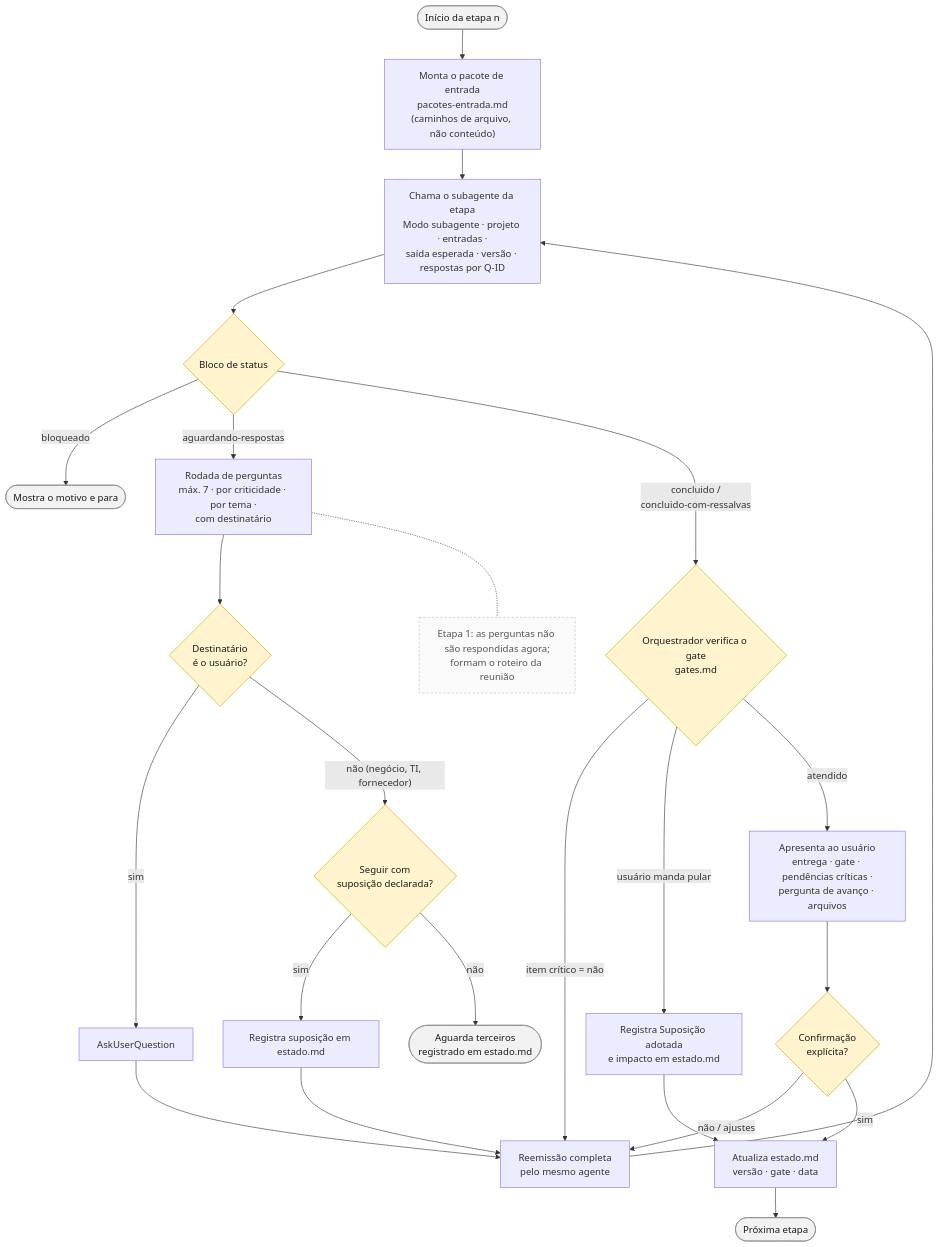
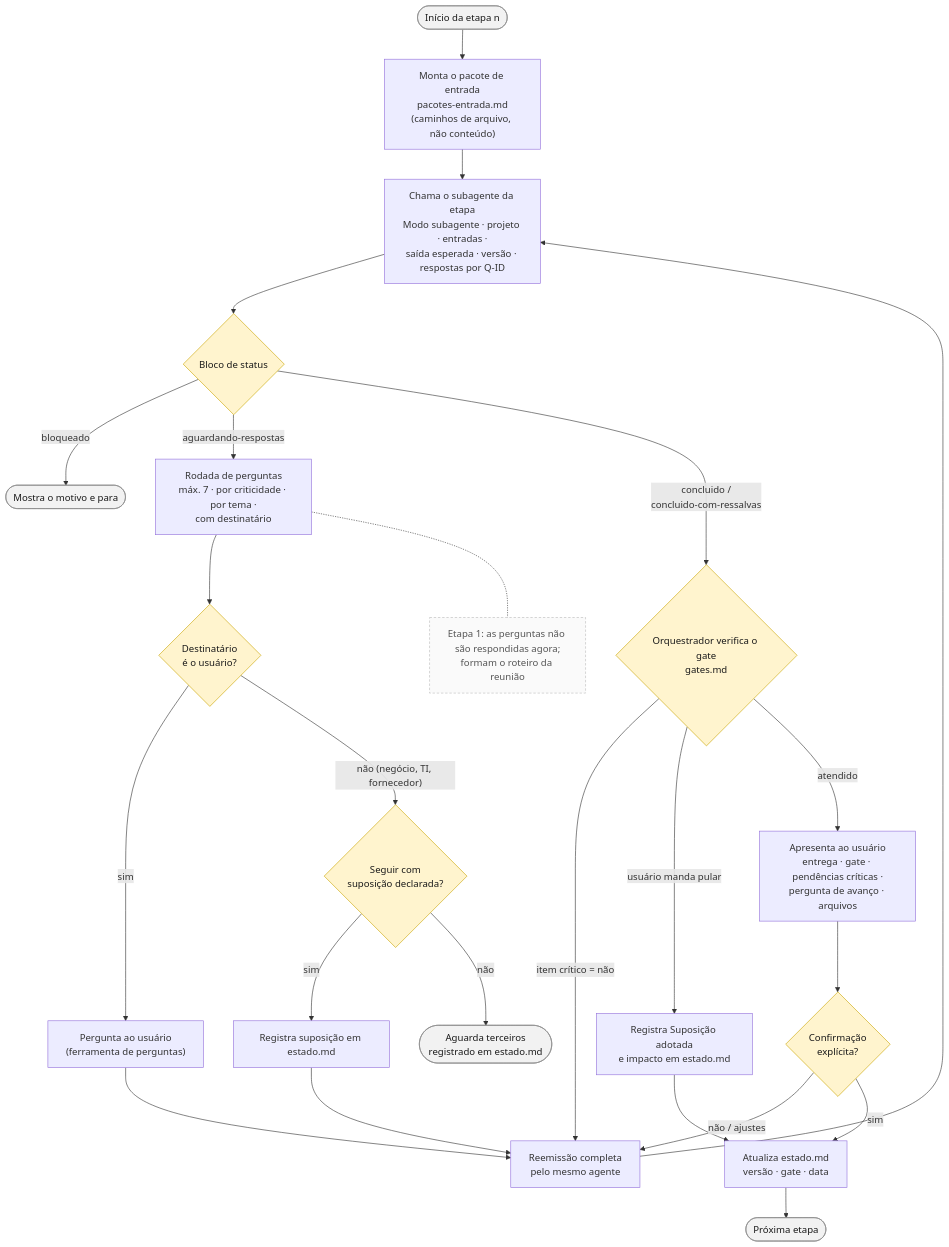
The second of 3 diagrams in docs/fluxograma.md (kleber-front/docs-produtos), drawn with Mermaid before and after one commit. The commit also changed 19 other files, not shown here.

````diff
--- a/docs/fluxograma.md
+++ b/docs/fluxograma.md
@@ -80,38 +80,38 @@
 ```mermaid
 flowchart TD
     S(["Início da etapa n"]) --> P["Monta o pacote de entrada<br/>pacotes-entrada.md<br/>(caminhos de arquivo, não conteúdo)"]
     P --> C["Chama o subagente da etapa<br/>Modo subagente · projeto · entradas ·<br/>saída esperada · versão · respostas por Q-ID"]
     C --> B{"Bloco de status"}
 
     B -->|bloqueado| BL(["Mostra o motivo e para"])
 
     B -->|aguardando-respostas| R["Rodada de perguntas<br/>máx. 7 · por criticidade · por tema ·<br/>com destinatário"]
     R --> D{"Destinatário<br/>é o usuário?"}
-    D -->|sim| AQ["AskUserQuestion"]
+    D -->|sim| AQ["Pergunta ao usuário<br/>(ferramenta de perguntas)"]
     D -->|"não (negócio, TI, fornecedor)"| SUP{"Seguir com<br/>suposição declarada?"}
     SUP -->|sim| RS["Registra suposição em estado.md"]
     SUP -->|não| AG(["Aguarda terceiros<br/>registrado em estado.md"])
     AQ --> RE["Reemissão completa<br/>pelo mesmo agente"]
     RS --> RE
     RE --> C
 
     B -->|"concluido /<br/>concluido-com-ressalvas"| GV{"Orquestrador verifica o gate<br/>gates.md"}
     GV -->|"item crítico = não"| RE
     GV -->|"usuário manda pular"| SK["Registra Suposição adotada<br/>e impacto em estado.md"]
     GV -->|atendido| AP["Apresenta ao usuário<br/>entrega · gate · pendências críticas ·<br/>pergunta de avanço · arquivos"]
     SK --> UP
     AP --> CF{"Confirmação<br/>explícita?"}
     CF -->|"não / ajustes"| RE
     CF -->|sim| UP["Atualiza estado.md<br/>versão · gate · data"]
     UP --> NX(["Próxima etapa"])
 
     N1["Etapa 1: as perguntas não são respondidas agora;<br/>formam o roteiro da reunião"]
     R -.- N1
 
     classDef gate fill:#fff4ce,stroke:#c9a400,color:#1a1a1a
     classDef nota fill:#fafafa,stroke:#bbb,stroke-dasharray:4 3,color:#555
     classDef terminal fill:#f2f2f2,stroke:#888,color:#1a1a1a
     class B,D,SUP,GV,CF gate
     class N1 nota
     class S,BL,AG,NX terminal
 ```
````
